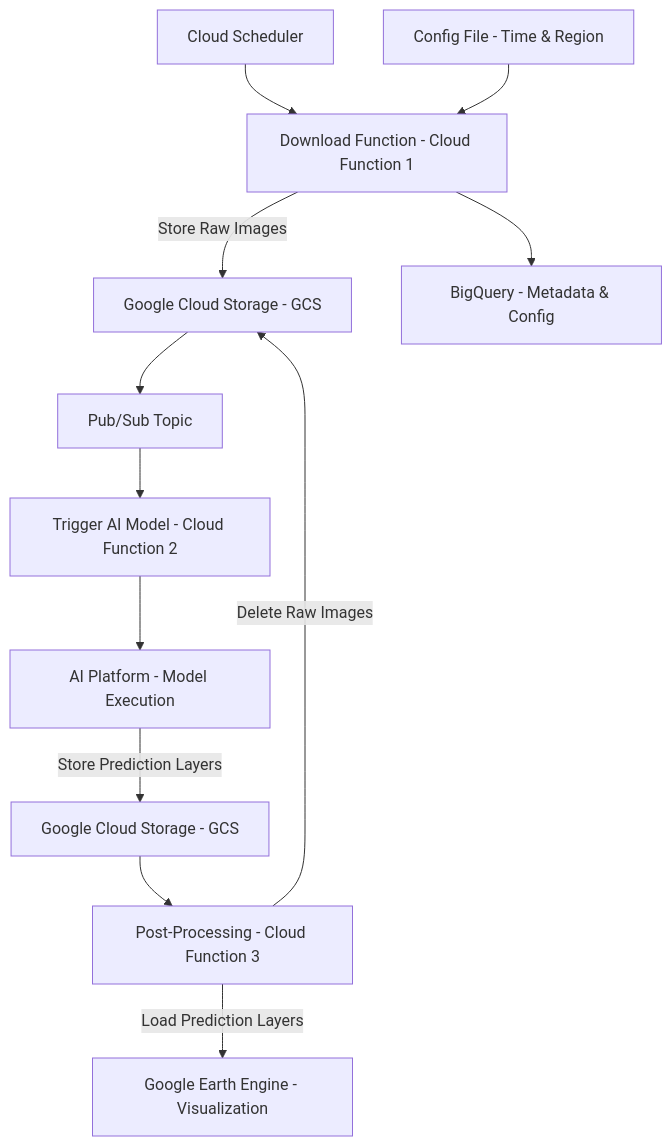
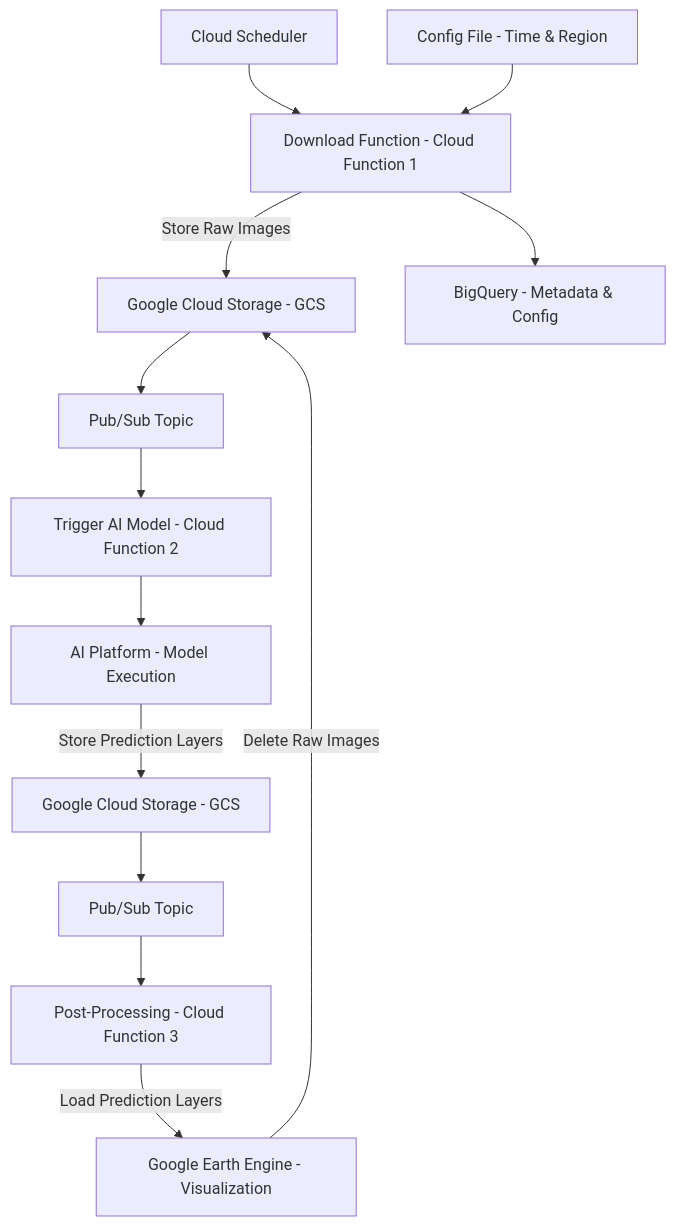
The first of 2 diagrams in README.md (MI4People/Marine_Litter), drawn with Mermaid before and after one commit. The commit also changed other lines of this file, not shown here.

````diff
--- a/README.md
+++ b/README.md
@@ -23,14 +23,15 @@
 ```mermaid
 graph TD
     A[Cloud Scheduler] --> B[Download Function - Cloud Function 1]
     B --> |Store Raw Images| C[Google Cloud Storage - GCS]
     B --> D[BigQuery - Metadata & Config]
     E[Config File - Time & Region] --> B 
     C --> F[Pub/Sub Topic]
     F --> G[Trigger AI Model - Cloud Function 2]
     G --> H[AI Platform - Model Execution]
     H --> |Store Prediction Layers| I[Google Cloud Storage - GCS]
-    I --> J[Post-Processing - Cloud Function 3]
-    J --> |Load Prediction Layers| K[Google Earth Engine - Visualization]
-    J -->|Delete Raw Images| C
+    I --> J[Pub/Sub Topic]
+    J --> K[Post-Processing - Cloud Function 3]
+    K --> |Load Prediction Layers| L[Google Earth Engine - Visualization]
+    L -->|Delete Raw Images| C
 ```
````
